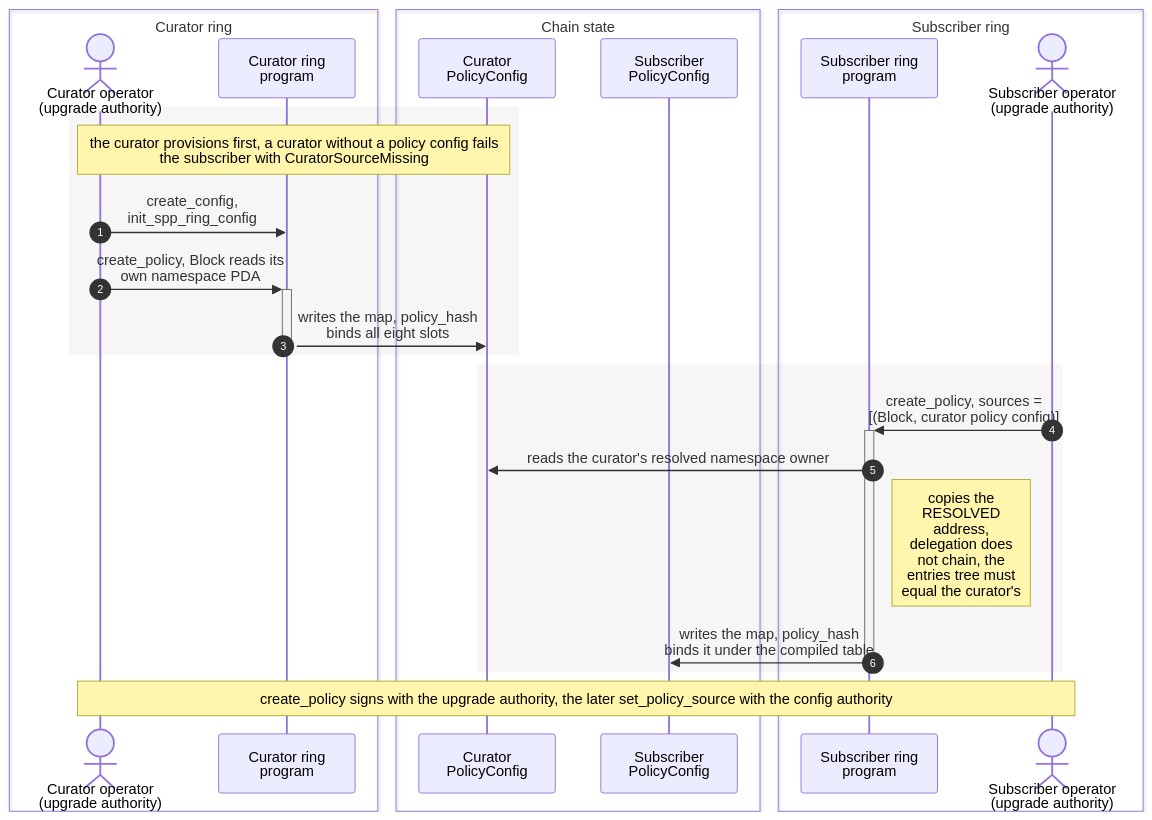
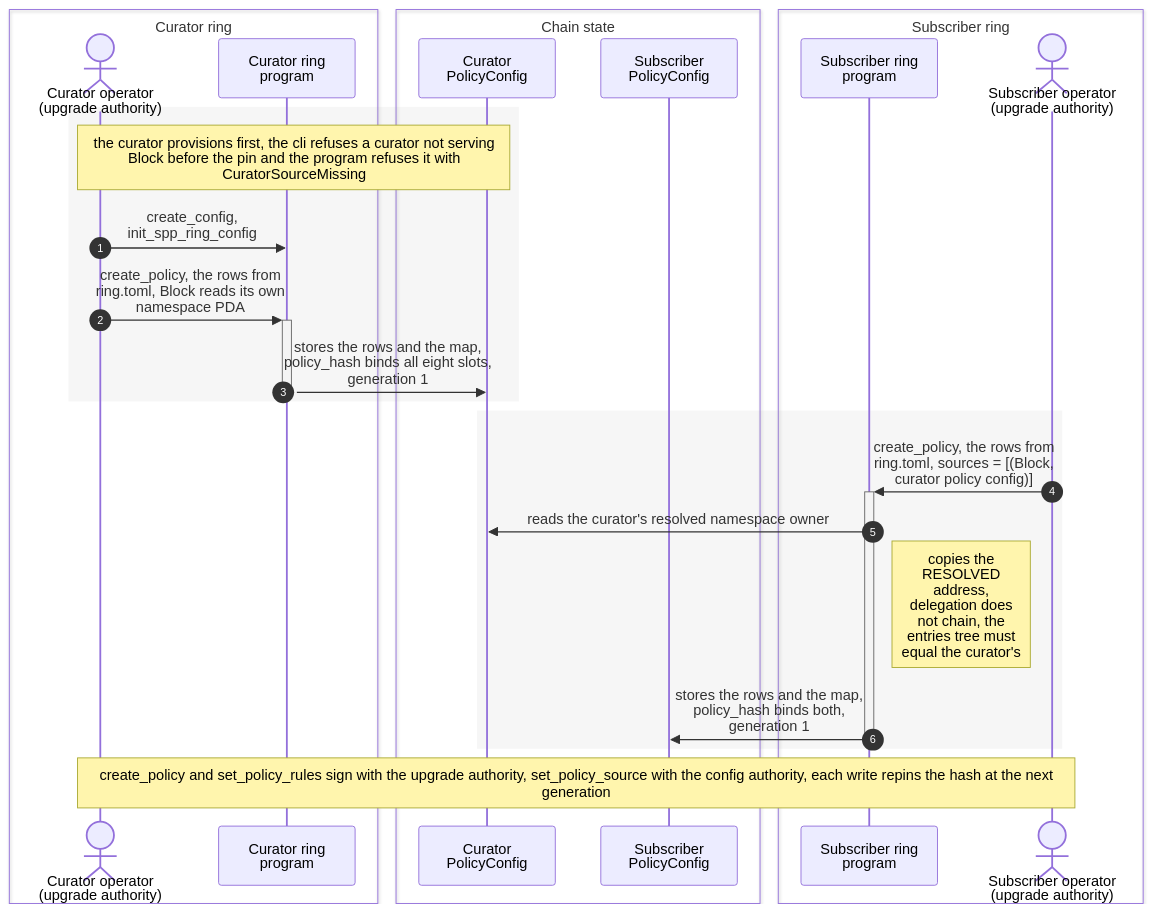
Before and after one commit to helius-labs/zolana: the diagram in docs/diagrams/ring-policy-ofac-setup.mmd, drawn with Mermaid. The commit also changed 6 other files, not shown here.

Commit message:
docs: describe the operator rule table and its re-pin

```diff
--- a/docs/diagrams/ring-policy-ofac-setup.mmd
+++ b/docs/diagrams/ring-policy-ofac-setup.mmd
@@ -1,31 +1,31 @@
 %%{init: {'sequence': {'wrap': true}}}%%
 sequenceDiagram
     autonumber
     box Curator ring
     actor CurOp as Curator operator<br/>(upgrade authority)
     participant CurRing as Curator ring program
     end
     box Chain state
     participant CurPC as Curator PolicyConfig
     participant SubPC as Subscriber PolicyConfig
     end
     box Subscriber ring
     participant SubRing as Subscriber ring program
     actor SubOp as Subscriber operator<br/>(upgrade authority)
     end
 
     rect rgba(128, 128, 128, 0.07)
-    Note over CurOp, CurPC: the curator provisions first, a curator without a policy config fails the subscriber with CuratorSourceMissing
+    Note over CurOp, CurPC: the curator provisions first, the cli refuses a curator not serving Block before the pin and the program refuses it with CuratorSourceMissing
     CurOp->>CurRing: create_config, init_spp_ring_config
-    CurOp->>+CurRing: create_policy, Block reads its own namespace PDA
-    CurRing->>-CurPC: writes the map, policy_hash binds all eight slots
+    CurOp->>+CurRing: create_policy, the rows from ring.toml, Block reads its own namespace PDA
+    CurRing->>-CurPC: stores the rows and the map, policy_hash binds all eight slots, generation 1
     end
 
     rect rgba(128, 128, 128, 0.07)
-    SubOp->>+SubRing: create_policy, sources = [(Block, curator policy config)]
+    SubOp->>+SubRing: create_policy, the rows from ring.toml, sources = [(Block, curator policy config)]
     SubRing->>CurPC: reads the curator's resolved namespace owner
     Note right of SubRing: copies the RESOLVED address, delegation does not chain, the entries tree must equal the curator's
-    SubRing->>-SubPC: writes the map, policy_hash binds it under the compiled table
+    SubRing->>-SubPC: stores the rows and the map, policy_hash binds both, generation 1
     end
 
-    Note over CurOp, SubOp: create_policy signs with the upgrade authority, the later set_policy_source with the config authority
+    Note over CurOp, SubOp: create_policy and set_policy_rules sign with the upgrade authority, set_policy_source with the config authority, each write repins the hash at the next generation
```
